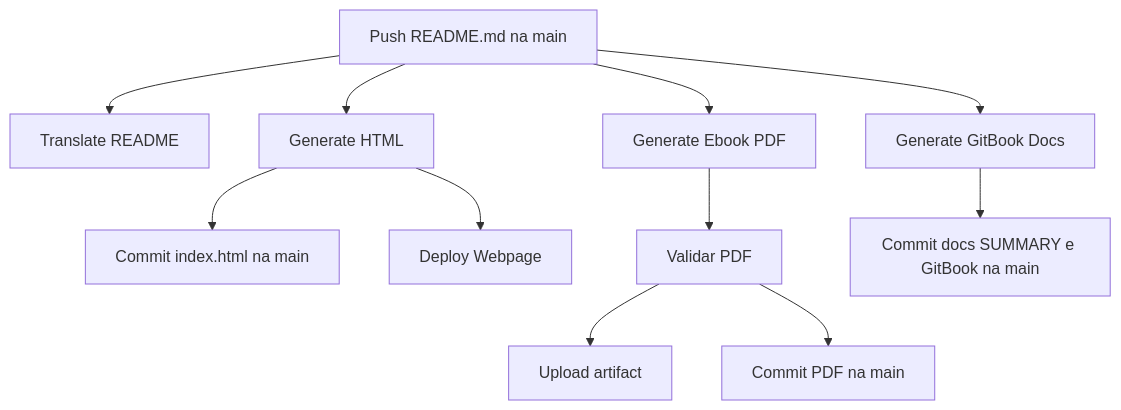
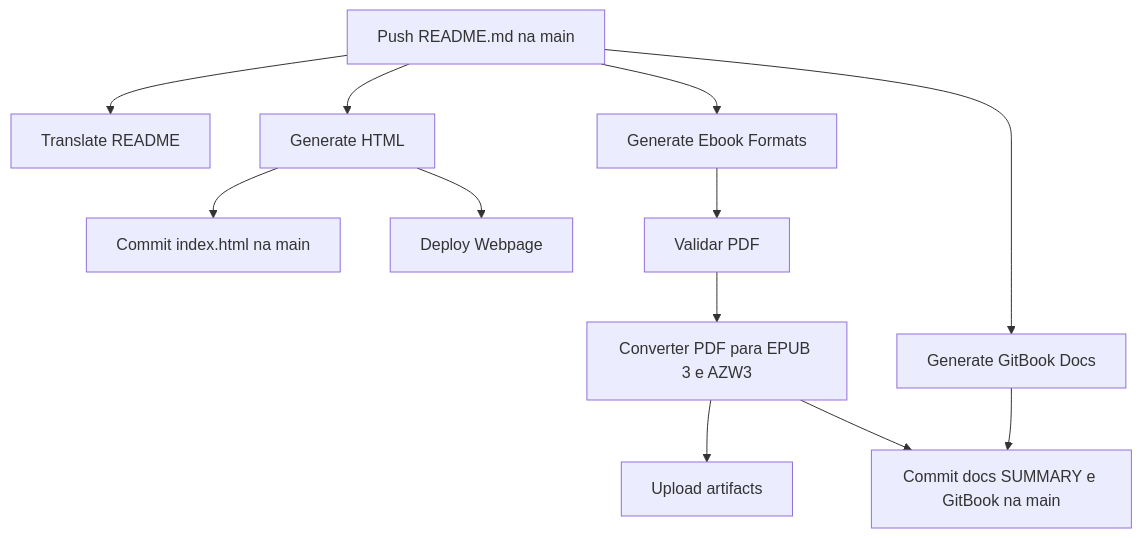
The diagram in .github/WORKFLOWS.md (marcossilvestrini/learning-lpic-3-305-300), drawn with Mermaid before and after one commit. The commit also changed other lines of this file and 5 other files, not shown here.

Commit message:
feat: Add ebook formats epub and azw3 for ebook readers

````diff
--- a/.github/WORKFLOWS.md
+++ b/.github/WORKFLOWS.md
@@ -9,17 +9,18 @@
 ```mermaid
 flowchart TD
     A[Push README.md na main]
     A --> B[Translate README]
     A --> C[Generate HTML]
-    A --> D[Generate Ebook PDF]
+    A --> D[Generate Ebook Formats]
     A --> E[Generate GitBook Docs]
 
     C --> F[Commit index.html na main]
     C --> G[Deploy Webpage]
 
     D --> H[Validar PDF]
-    H --> I[Upload artifact]
-    H --> J[Commit PDF na main]
+    H --> I[Converter PDF para EPUB 3 e AZW3]
+    I --> J[Upload artifacts]
+    I --> K[Commit PDF EPUB e AZW3 na main]
 
     E --> K[Commit docs SUMMARY e GitBook na main]
 ```
````
